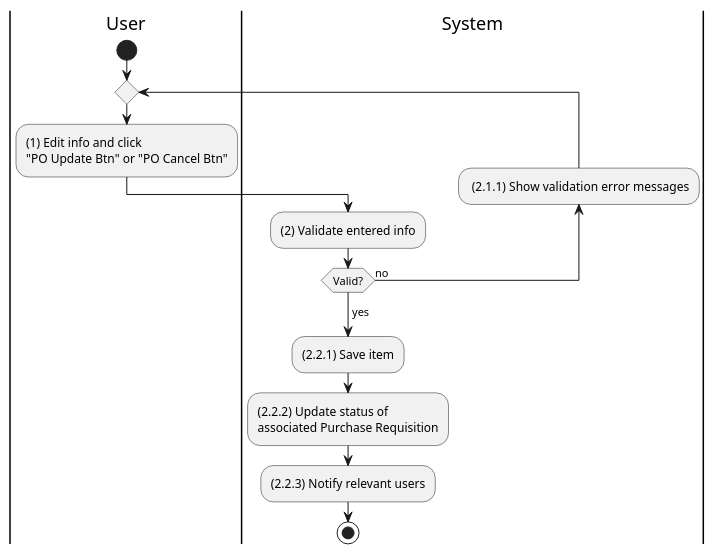
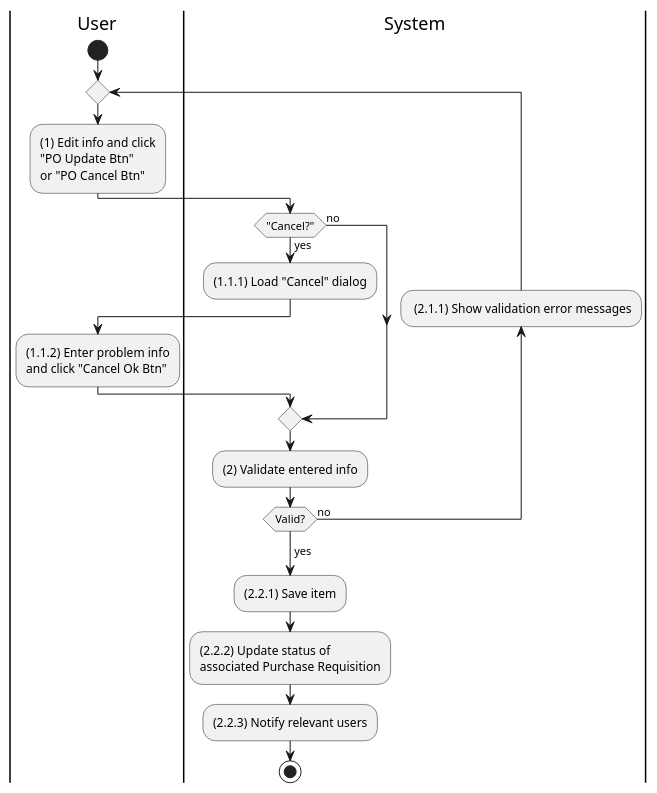
The diagram in activities/purchase-order-update.plantuml (phihungha/scmss-reqs), drawn with PlantUML before and after one commit. The commit also changed 7 other files, not shown here.

Commit message:
Add cancel flow for update activities

```diff
--- a/activities/purchase-order-update.plantuml
+++ b/activities/purchase-order-update.plantuml
@@ -1,18 +1,25 @@
 @startuml purchase-order-update
 |u|User
 |s|System
 
 |u|
 start
 repeat
-    :(1) Edit info and click\n"PO Update Btn" or "PO Cancel Btn";
+    :(1) Edit info and click\n"PO Update Btn"\nor "PO Cancel Btn";
+    |s|
+    if ("Cancel?") then (yes)
+        :(1.1.1) Load "Cancel" dialog;
+        |u|
+        :(1.1.2) Enter problem info\nand click "Cancel Ok Btn";
+    else (no)
+    endif
     |s|
     :(2) Validate entered info;
     backward: (2.1.1) Show validation error messages;
 repeat while (Valid?) is (no)
 ->yes;
 :(2.2.1) Save item;
 :(2.2.2) Update status of\nassociated Purchase Requisition;
 :(2.2.3) Notify relevant users;
 stop
 @enduml
```
